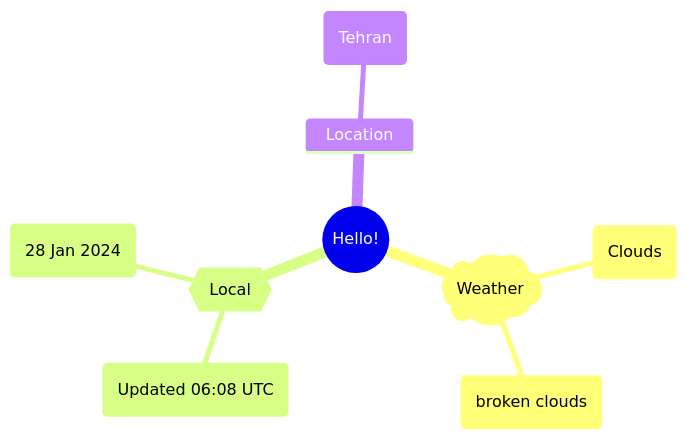
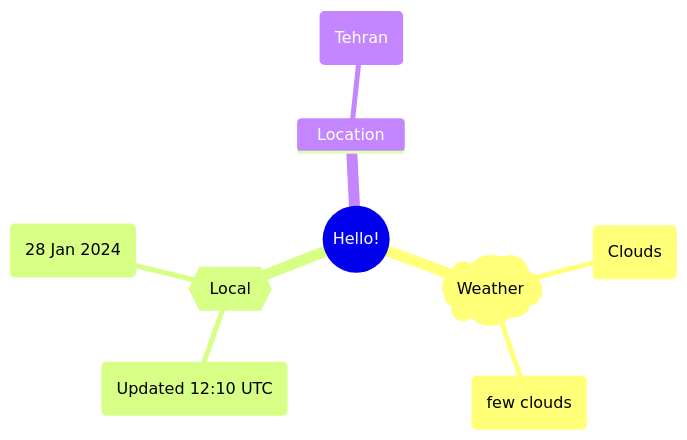
Before and after one commit to Xosrov/Xosrov: the first of 2 diagrams in README.md, drawn with Mermaid.

Commit message:
[bot] updated images

````diff
--- a/README.md
+++ b/README.md
@@ -3,12 +3,12 @@
 ```mermaid
 mindmap
   root((Hello!))
     )Weather(
         (Clouds)
-        (broken clouds)
+        (few clouds)
     {{Local}}
-        (Updated 06:08 UTC)
+        (Updated 12:10 UTC)
         (28 Jan 2024)
     Location
         (Tehran)
 ```
````
